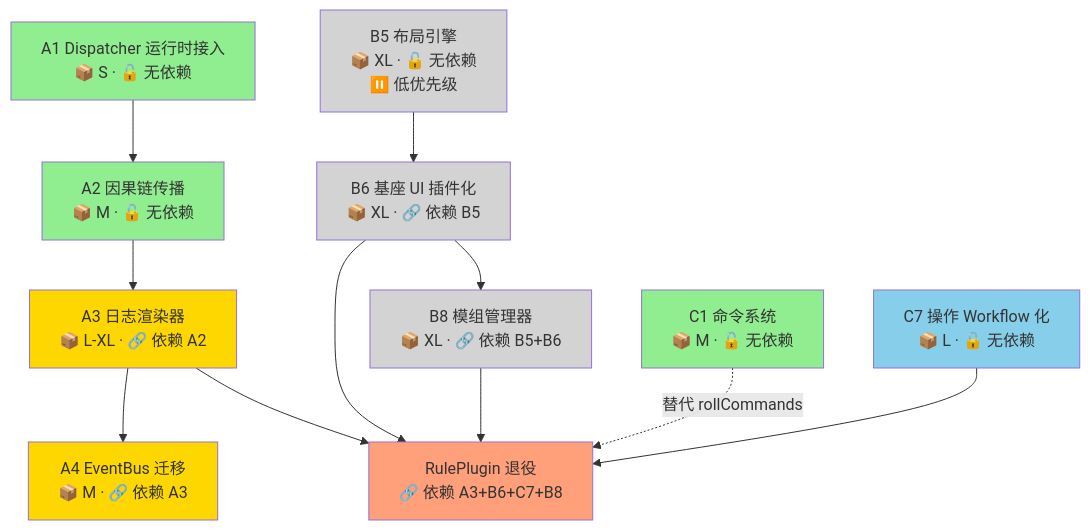
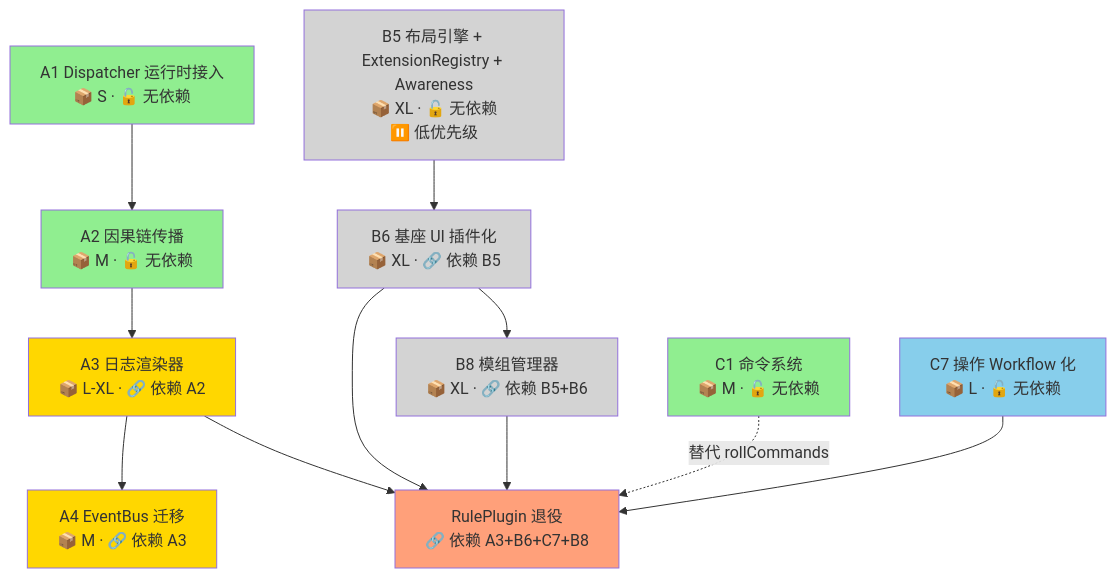
Before and after one commit to RidRisR/myVTT: the eighth of 18 diagrams in docs/design/17-插件系统演进路线.md, drawn with Mermaid. The commit also changed other lines of this file and 47 other files, not shown here.

````diff
--- a/docs/design/17-插件系统演进路线.md
+++ b/docs/design/17-插件系统演进路线.md
@@ -290,31 +291,31 @@
 ```mermaid
 graph TD
     A1["A1 Dispatcher 运行时接入<br/>📦 S · 🔓 无依赖"]
     A2["A2 因果链传播<br/>📦 M · 🔓 无依赖"]
     A3["A3 日志渲染器<br/>📦 L-XL · 🔗 依赖 A2"]
     A4["A4 EventBus 迁移<br/>📦 M · 🔗 依赖 A3"]
-    B1["B5 布局引擎<br/>📦 XL · 🔓 无依赖<br/>⏸️ 低优先级"]
+    B1["B5 布局引擎 + ExtensionRegistry + Awareness<br/>📦 XL · 🔓 无依赖<br/>⏸️ 低优先级"]
     B2["B6 基座 UI 插件化<br/>📦 XL · 🔗 依赖 B5"]
     C1["C1 命令系统<br/>📦 M · 🔓 无依赖"]
     C2["C7 操作 Workflow 化<br/>📦 L · 🔓 无依赖"]
     B3["B8 模组管理器<br/>📦 XL · 🔗 依赖 B5+B6"]
     FIN["RulePlugin 退役<br/>🔗 依赖 A3+B6+C7+B8"]
 
     A1 --> A2 --> A3 --> A4
     A3 --> FIN
     B1 --> B2 --> FIN
     B2 --> B3 --> FIN
     C1 -.->|替代 rollCommands| FIN
     C2 --> FIN
 
     style A1 fill:#90EE90
     style A2 fill:#90EE90
     style C1 fill:#90EE90
     style A3 fill:#FFD700
     style A4 fill:#FFD700
     style B1 fill:#D3D3D3
     style B2 fill:#D3D3D3
     style B3 fill:#D3D3D3
     style C2 fill:#87CEEB
     style FIN fill:#FFA07A
 ```
````
